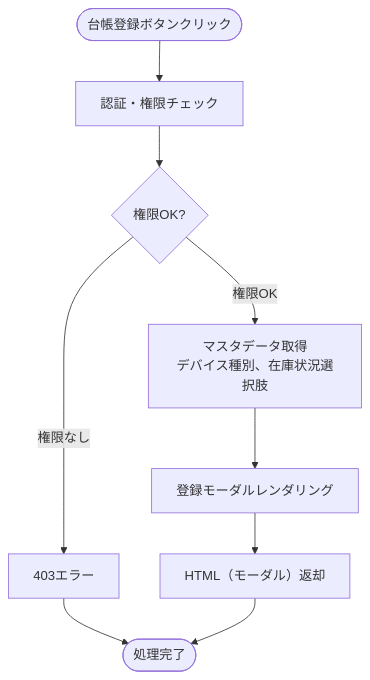
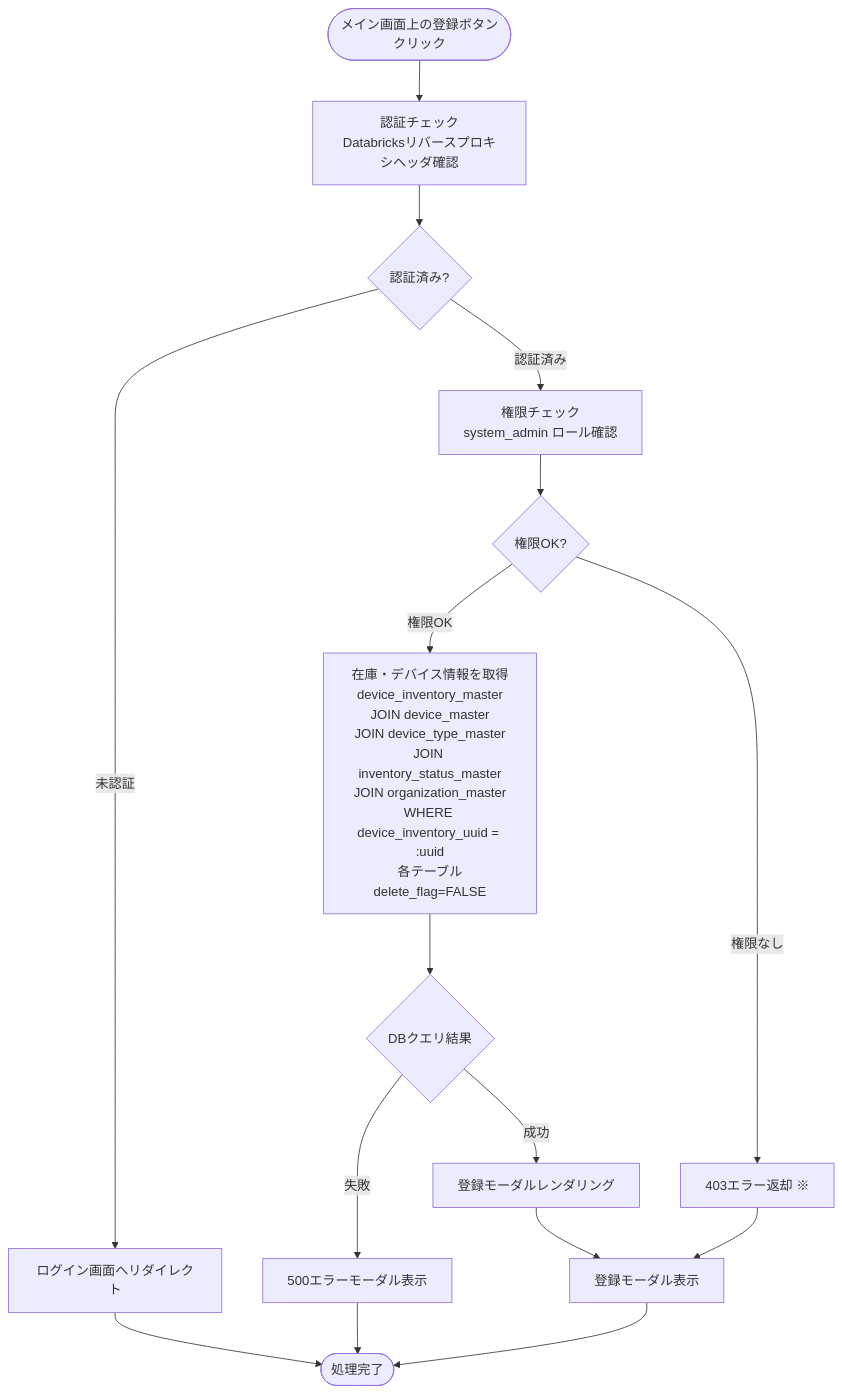
The third of 9 diagrams in docs/03-features/flask-app/device-inventory/workflow-specification.md (NSW-SVCP-AIWG002/Databricks-IoT), drawn with Mermaid before and after one commit. The commit also changed other lines of this file and 89 other files, not shown here.

````diff
--- a/docs/03-features/flask-app/device-inventory/workflow-specification.md
+++ b/docs/03-features/flask-app/device-inventory/workflow-specification.md
@@ -363,13 +584,24 @@
 ```mermaid
 flowchart TD
-    Start([台帳登録ボタンクリック]) --> Auth[認証・権限チェック]
-    Auth --> CheckPerm{権限OK?}
-    CheckPerm -->|権限なし| Error403[403エラー]
+    Start([メイン画面上の登録ボタン<br>クリック]) --> Auth[認証チェック<br>Databricksリバースプロキシヘッダ確認]
+    Auth --> CheckAuth{認証済み?}
+    CheckAuth -->|未認証| Error401[ログイン画面へリダイレクト]
+    Error401 --> End([処理完了])
 
-    CheckPerm -->|権限OK| LoadMaster[マスタデータ取得<br>デバイス種別、在庫状況選択肢]
-    LoadMaster --> Template[登録モーダルレンダリング]
-    Template --> Response[HTML（モーダル）返却]
+    CheckAuth -->|認証済み| Permission[権限チェック<br>system_admin ロール確認]
+    Permission --> CheckPerm{権限OK?}
 
-    Error403 --> End([処理完了])
+    CheckPerm -->|権限OK| LoadMaster[在庫・デバイス情報を取得<br>device_inventory_master<br>JOIN device_master<br>JOIN device_type_master<br>JOIN inventory_status_master<br>JOIN organization_master<br>WHERE device_inventory_uuid = :uuid<br>各テーブルdelete_flag=FALSE]
+    LoadMaster --> QueryDB{DBクエリ結果}
+
+    QueryDB -->|失敗| Error500[500エラーモーダル表示]
+    Error500 --> End
+
+    QueryDB -->|成功| Template[登録モーダルレンダリング]
+    Template --> Response[登録モーダル表示]
+
+    CheckPerm -->|権限なし| Error403[403エラー返却 ※]
+    Error403 --> Response
+
     Response --> End
 ```
````
